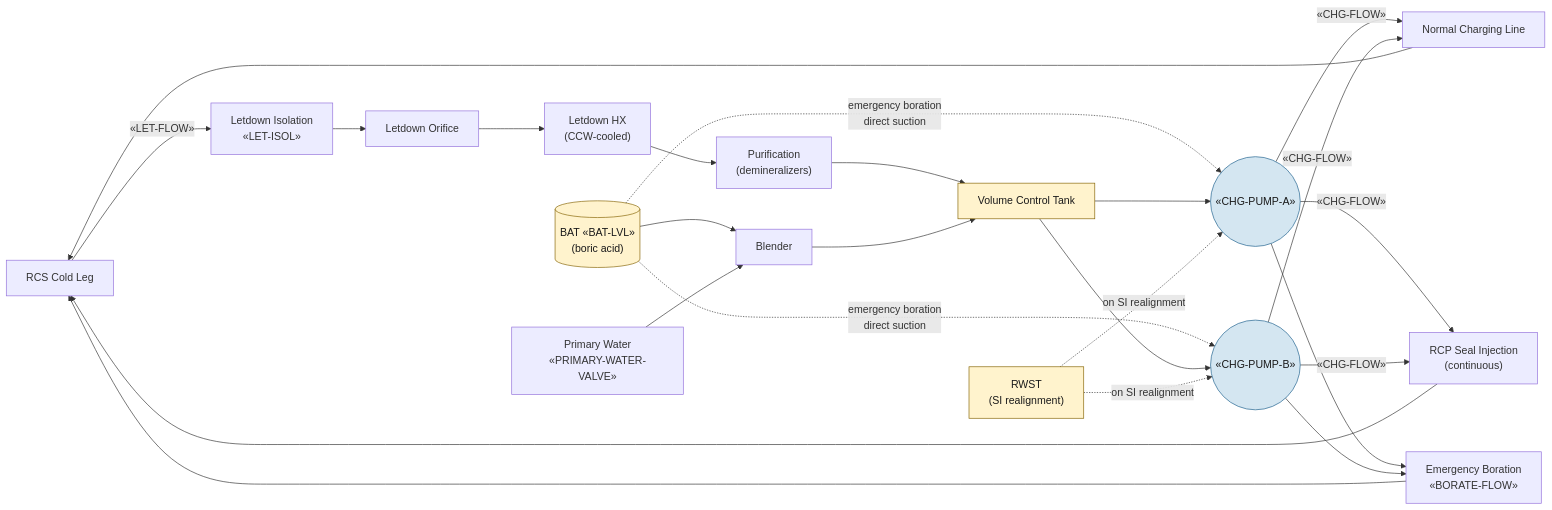
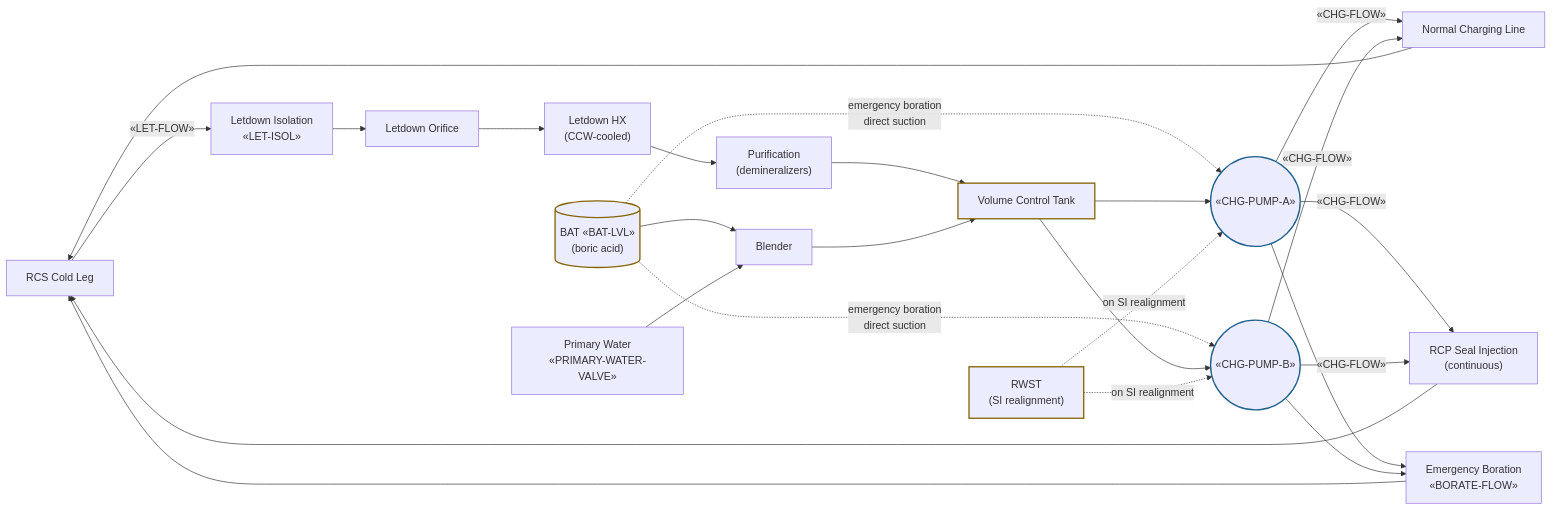
The diagram in wiki/systems/cvcs.md (samsinn-wikis/pwr-ops), drawn with Mermaid before and after one commit. The commit also changed 14 other files, not shown here.

````diff
--- a/wiki/systems/cvcs.md
+++ b/wiki/systems/cvcs.md
@@ -33,37 +33,37 @@
 ```mermaid
 flowchart LR
     RCS["RCS Cold Leg"]
     LET_ISOL["Letdown Isolation<br/>«LET-ISOL»"]
     LET_ORI["Letdown Orifice"]
     LET_HX["Letdown HX<br/>(CCW-cooled)"]
     VCT["Volume Control Tank"]
     PURIF["Purification<br/>(demineralizers)"]
     PW["Primary Water<br/>«PRIMARY-WATER-VALVE»"]
     BAT[("BAT «BAT-LVL»<br/>(boric acid)")]
     BLEND["Blender"]
     CHG_A(("«CHG-PUMP-A»"))
     CHG_B(("«CHG-PUMP-B»"))
     NORMAL["Normal Charging Line"]
     SEAL["RCP Seal Injection<br/>(continuous)"]
     EMERG["Emergency Boration<br/>«BORATE-FLOW»"]
     RWST_ALT["RWST<br/>(SI realignment)"]
 
     RCS -- "«LET-FLOW»" --> LET_ISOL --> LET_ORI --> LET_HX --> PURIF --> VCT
     BAT --> BLEND
     PW --> BLEND
     BLEND --> VCT
     BAT -. "emergency boration<br/>direct suction" .-> CHG_A
     BAT -. "emergency boration<br/>direct suction" .-> CHG_B
     VCT --> CHG_A & CHG_B
     RWST_ALT -. "on SI realignment" .-> CHG_A & CHG_B
     CHG_A & CHG_B -- "«CHG-FLOW»" --> NORMAL & SEAL
     CHG_A & CHG_B --> EMERG
     NORMAL --> RCS
     SEAL --> RCS
     EMERG --> RCS
 
-    classDef pump fill:#d4e6f1,stroke:#1f618d,color:#1a1a1a
-    classDef tank fill:#fff3cd,stroke:#856404,color:#1a1a1a
+    classDef pump stroke:#1f618d,stroke-width:2px
+    classDef tank stroke:#856404,stroke-width:2px
     class CHG_A,CHG_B pump
     class BAT,VCT,RWST_ALT tank
 ```
````
